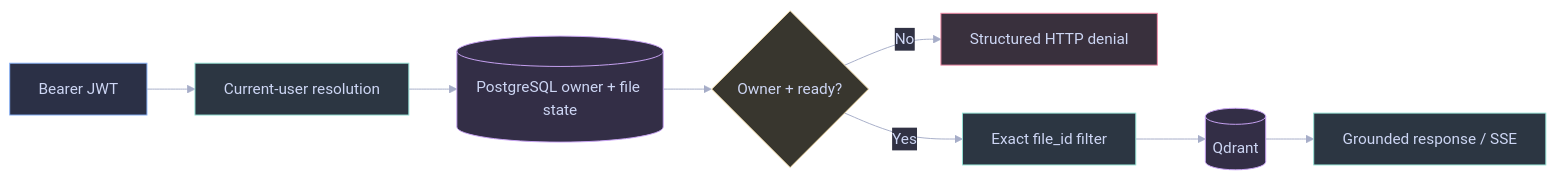
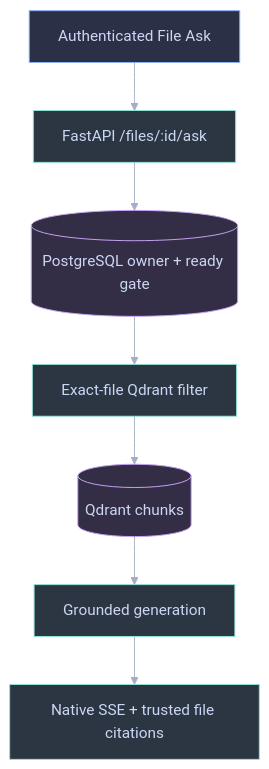
One commit to RyxnDmello/atlas changed the third of 6 diagrams in server/AGENTS.md. Above: the diagram before and after it, drawn with Mermaid. The commit also changed other lines of this file and 23 other files, not shown here.

````diff
--- a/server/AGENTS.md
+++ b/server/AGENTS.md
@@ -298,23 +260,20 @@
 ```mermaid
 %%{init: {'theme': 'base', 'themeVariables': {'background': '#1e1e2e', 'primaryColor': '#45475a', 'primaryTextColor': '#cdd6f4', 'primaryBorderColor': '#89b4fa', 'lineColor': '#a6adc8', 'secondaryColor': '#313244', 'tertiaryColor': '#181825', 'fontFamily': 'Inter, sans-serif'}}}%%
-flowchart LR
-    Jwt["Bearer JWT"] --> User["Current-user resolution"]
-    User --> DB[("PostgreSQL owner + file state")]
-    DB --> Gate{"Owner + ready?"}
-    Gate -- "No" --> Deny["Structured HTTP denial"]
-    Gate -- "Yes" --> Scope["Exact file_id filter"]
-    Scope --> Qdrant[("Qdrant")]
-    Qdrant --> Answer["Grounded response / SSE"]
-    class Jwt client;
-    class User,Scope,Answer service;
-    class Gate caution;
-    class DB,Qdrant storage;
-    class Deny denied;
+flowchart TD
+    Browser["Authenticated File Ask"] --> API["FastAPI /files/:id/ask"]
+    API --> PG[("PostgreSQL owner + ready gate")]
+    PG --> Query["Exact-file Qdrant filter"]
+    Query --> Q[("Qdrant chunks")]
+    Q --> Gen["Grounded generation"]
+    Gen --> SSE["Native SSE + trusted file citations"]
+    class Browser client;
+    class API,Query,Gen,SSE service;
+    class PG,Q storage;
     classDef client fill:#2b3046,stroke:#89b4fa,stroke-width:1px,color:#cdd6f4;
     classDef service fill:#2c3642,stroke:#94e2d5,stroke-width:1px,color:#cdd6f4;
     classDef storage fill:#332e46,stroke:#cba6f7,stroke-width:1px,color:#cdd6f4;
     classDef verified fill:#2e363c,stroke:#a6e3a1,stroke-width:1px,color:#cdd6f4;
     classDef planned fill:#30323f,stroke:#b4befe,stroke-width:1px,color:#cdd6f4;
     classDef caution fill:#38362e,stroke:#f9e2af,stroke-width:1px,color:#cdd6f4;
     classDef denied fill:#39303d,stroke:#f38ba8,stroke-width:1px,color:#cdd6f4;
 ```
````
